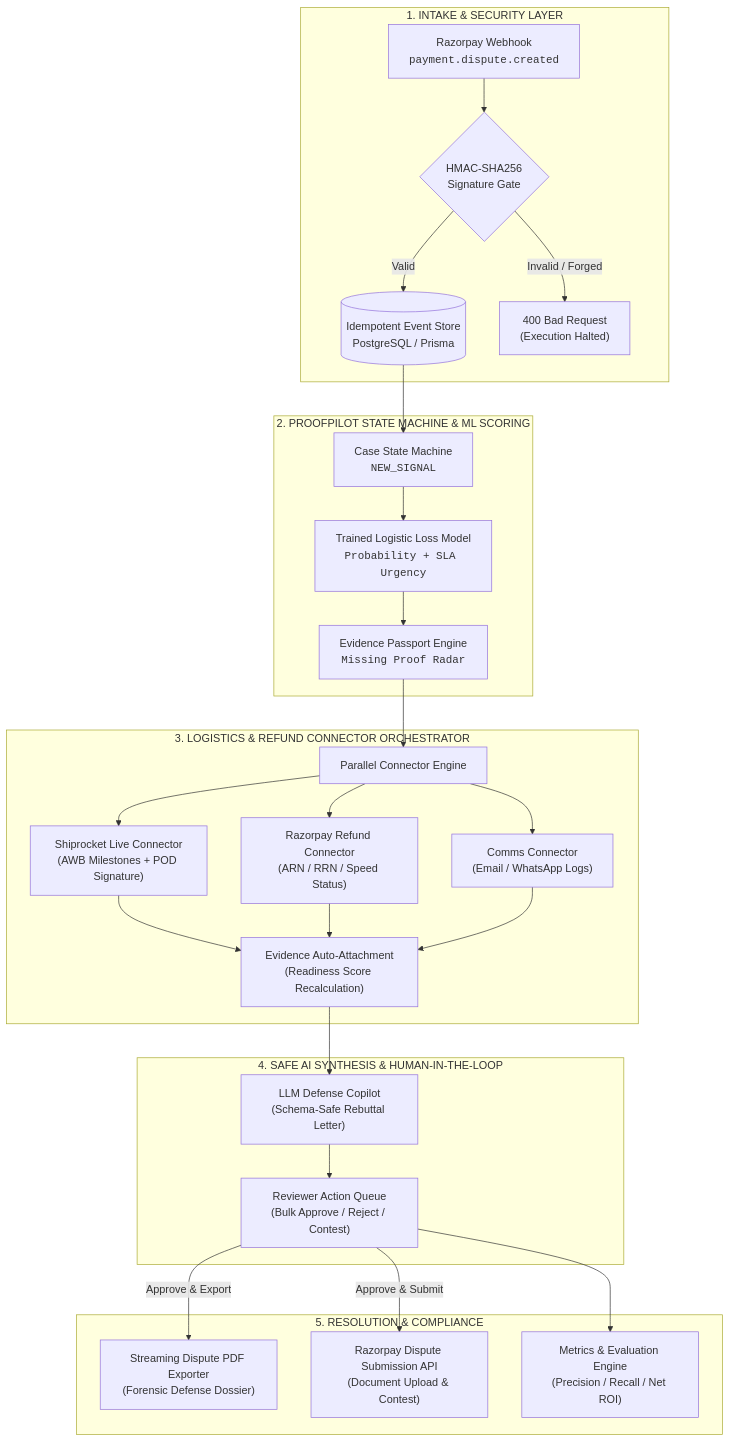
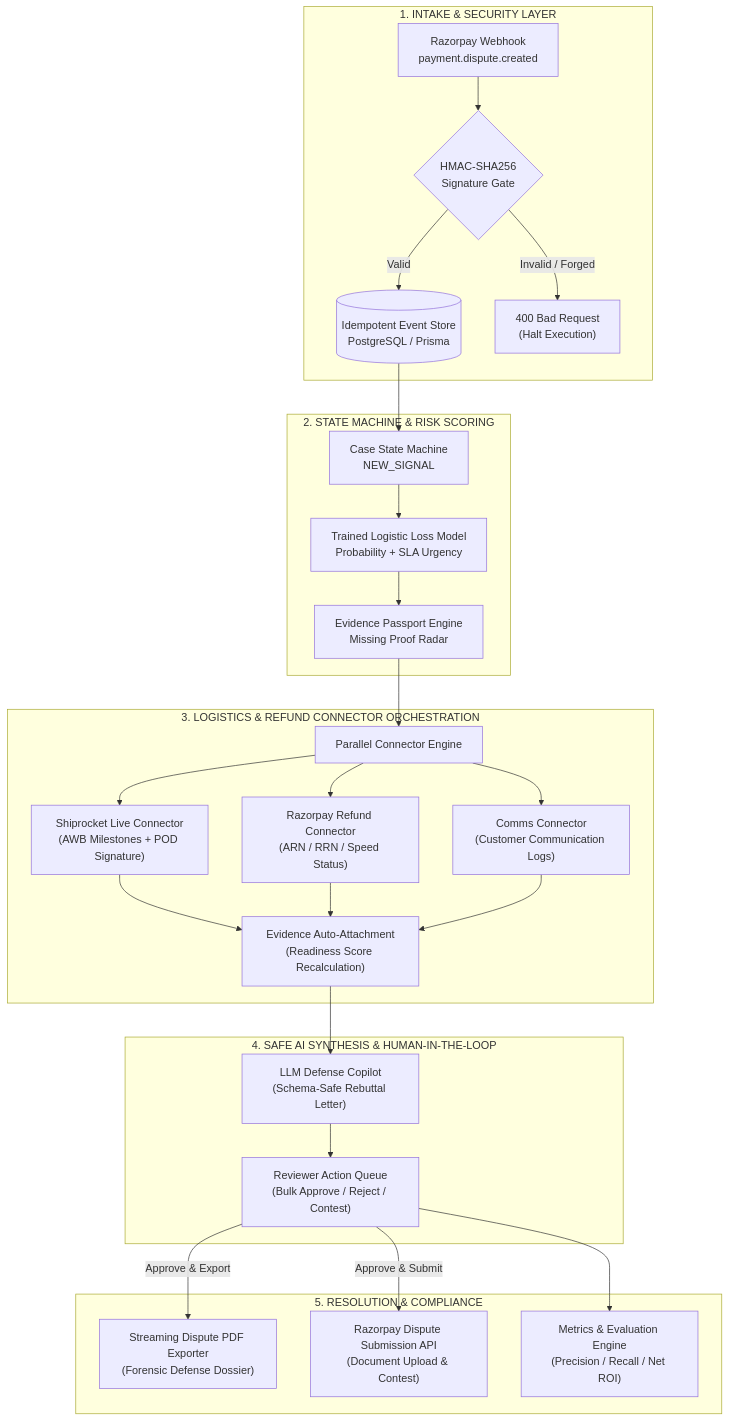
Before and after one commit to Pranay207/ProofPilot-AI: the diagram in README.md, drawn with Mermaid. The commit also changed other lines of this file, not shown here.

````diff
--- a/README.md
+++ b/README.md
@@ -72,35 +81,35 @@
 ```mermaid
 flowchart TD
     subgraph INTAKE["1. INTAKE & SECURITY LAYER"]
-        RZP_WH["Razorpay Webhook<br/><code>payment.dispute.created</code>"] --> SIG_CHECK{"HMAC-SHA256<br/>Signature Gate"}
+        RZP_WH["Razorpay Webhook<br/>payment.dispute.created"] --> SIG_CHECK{"HMAC-SHA256<br/>Signature Gate"}
         SIG_CHECK -->|Valid| IDEM_STORE[("Idempotent Event Store<br/>PostgreSQL / Prisma")]
-        SIG_CHECK -->|Invalid / Forged| REJECT["400 Bad Request<br/>(Execution Halted)"]
+        SIG_CHECK -->|Invalid / Forged| REJECT["400 Bad Request<br/>(Halt Execution)"]
     end
 
-    subgraph ENGINE["2. PROOFPILOT STATE MACHINE & ML SCORING"]
-        IDEM_STORE --> CASE_GEN["Case State Machine<br/><code>NEW_SIGNAL</code>"]
-        CASE_GEN --> ML_SCORE["Trained Logistic Loss Model<br/><code>Probability + SLA Urgency</code>"]
-        ML_SCORE --> EV_PASSPORT["Evidence Passport Engine<br/><code>Missing Proof Radar</code>"]
+    subgraph ENGINE["2. STATE MACHINE & RISK SCORING"]
+        IDEM_STORE --> CASE_GEN["Case State Machine<br/>NEW_SIGNAL"]
+        CASE_GEN --> ML_SCORE["Trained Logistic Loss Model<br/>Probability + SLA Urgency"]
+        ML_SCORE --> EV_PASSPORT["Evidence Passport Engine<br/>Missing Proof Radar"]
     end
 
-    subgraph CONNECTORS["3. LOGISTICS & REFUND CONNECTOR ORCHESTRATOR"]
+    subgraph CONNECTORS["3. LOGISTICS & REFUND CONNECTOR ORCHESTRATION"]
         EV_PASSPORT --> CONN_REG["Parallel Connector Engine"]
         CONN_REG --> SR_CONN["Shiprocket Live Connector<br/>(AWB Milestones + POD Signature)"]
         CONN_REG --> RZP_CONN["Razorpay Refund Connector<br/>(ARN / RRN / Speed Status)"]
-        CONN_REG --> COMMS_CONN["Comms Connector<br/>(Email / WhatsApp Logs)"]
+        CONN_REG --> COMMS_CONN["Comms Connector<br/>(Customer Communication Logs)"]
         SR_CONN --> EV_MERGE["Evidence Auto-Attachment<br/>(Readiness Score Recalculation)"]
         RZP_CONN --> EV_MERGE
         COMMS_CONN --> EV_MERGE
     end
 
     subgraph AI_HUMAN["4. SAFE AI SYNTHESIS & HUMAN-IN-THE-LOOP"]
         EV_MERGE --> AI_DRAFT["LLM Defense Copilot<br/>(Schema-Safe Rebuttal Letter)"]
         AI_DRAFT --> HITL_UI["Reviewer Action Queue<br/>(Bulk Approve / Reject / Contest)"]
     end
 
     subgraph EXPORT_OUTPUT["5. RESOLUTION & COMPLIANCE"]
         HITL_UI -->|Approve & Export| PDF_EXP["Streaming Dispute PDF Exporter<br/>(Forensic Defense Dossier)"]
         HITL_UI -->|Approve & Submit| RZP_SUBMIT["Razorpay Dispute Submission API<br/>(Document Upload & Contest)"]
         HITL_UI --> METRICS_EVAL["Metrics & Evaluation Engine<br/>(Precision / Recall / Net ROI)"]
     end
 ```
````
